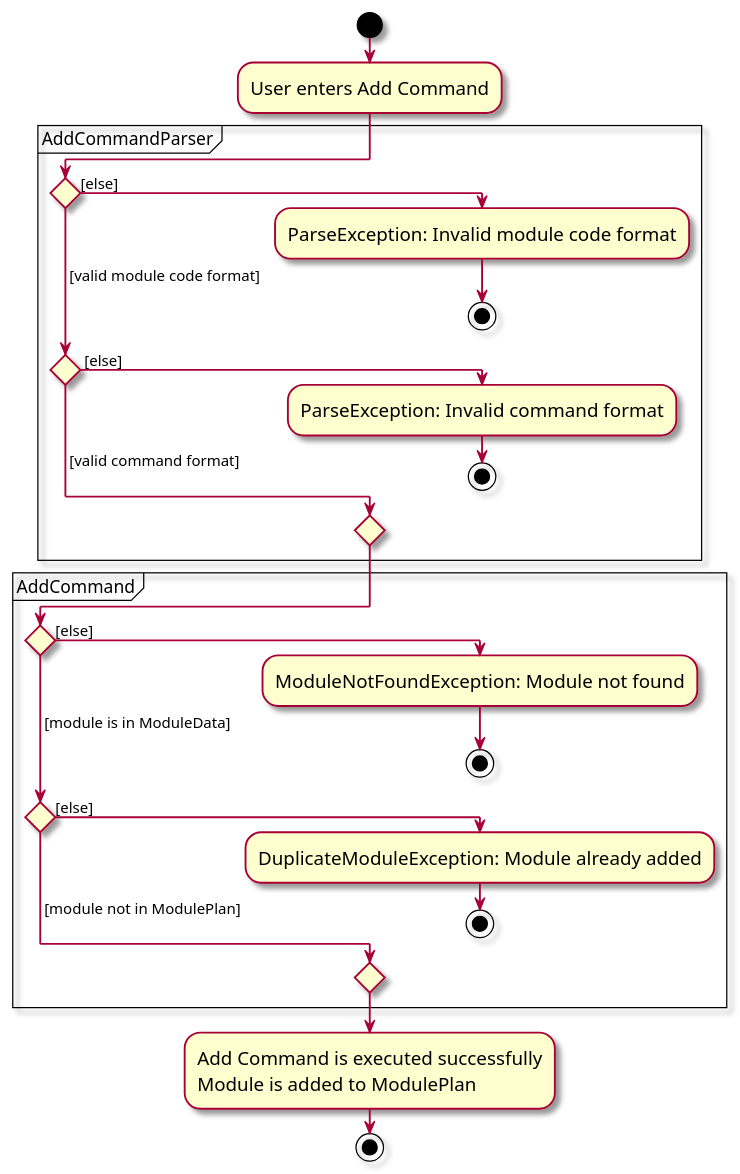
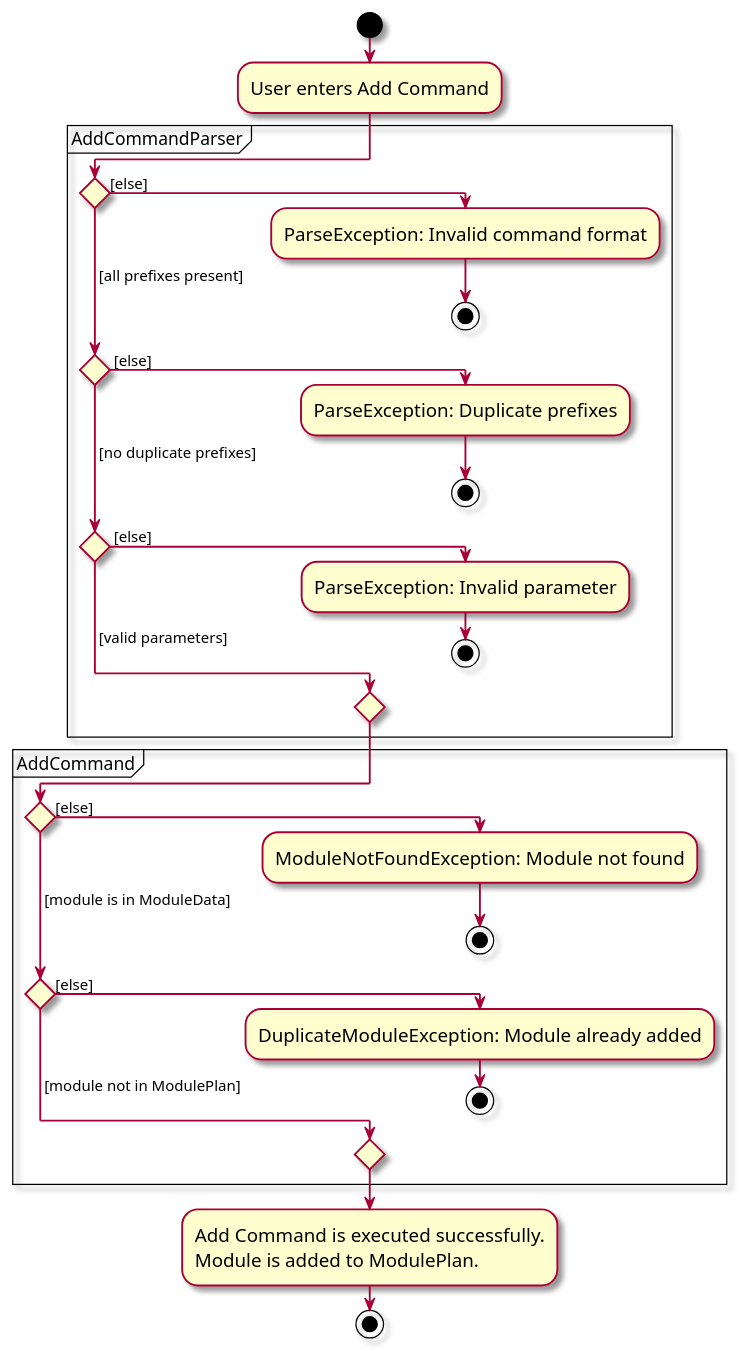
The diagram in diagrams/AddModuleActivityDiagram.puml (ji-just-ji/tp), drawn with PlantUML before and after one commit. The commit also changed 77 other files, not shown here.

```diff
--- a/diagrams/AddModuleActivityDiagram.puml
+++ b/diagrams/AddModuleActivityDiagram.puml
@@ -1,44 +1,46 @@
 @startuml
 skin rose
 skinparam ActivityFontSize 15
 skinparam ArrowFontSize 12
 !pragma useVerticalIf on
 start
 :User enters Add Command;
 
 'Since the beta syntax does not support placing the condition outside the
 'diamond we place it as the true branch instead.
 
  partition AddCommandParser{
     if () then ([else])
-        :ParseException: Invalid module code format;
+        :ParseException: Invalid command format;
            stop
-
-    ( [valid module code format]) elseif () then ( [else])
-        :ParseException: Invalid command format;
+    ( [all prefixes present]) elseif () then ( [else])
+        :ParseException: Duplicate prefixes;
+           stop
+    ( [no duplicate prefixes]) elseif () then ( [else])
+        :ParseException: Invalid parameter;
         stop
-    else ( [valid command format])
+    else ( [valid parameters])
 
     endif
 }
 
 partition AddCommand {
 
 if () then ([else])
     :ModuleNotFoundException: Module not found;
     stop
 ( [module is in ModuleData]) elseif() then([else])
     :DuplicateModuleException: Module already added;
     stop
 else ( [module not in ModulePlan] )
 
 endif
 }
 
-:Add Command is executed successfully
-Module is added to ModulePlan;
+:Add Command is executed successfully.
+Module is added to ModulePlan.;
 stop
 
 
 
 @enduml
```
